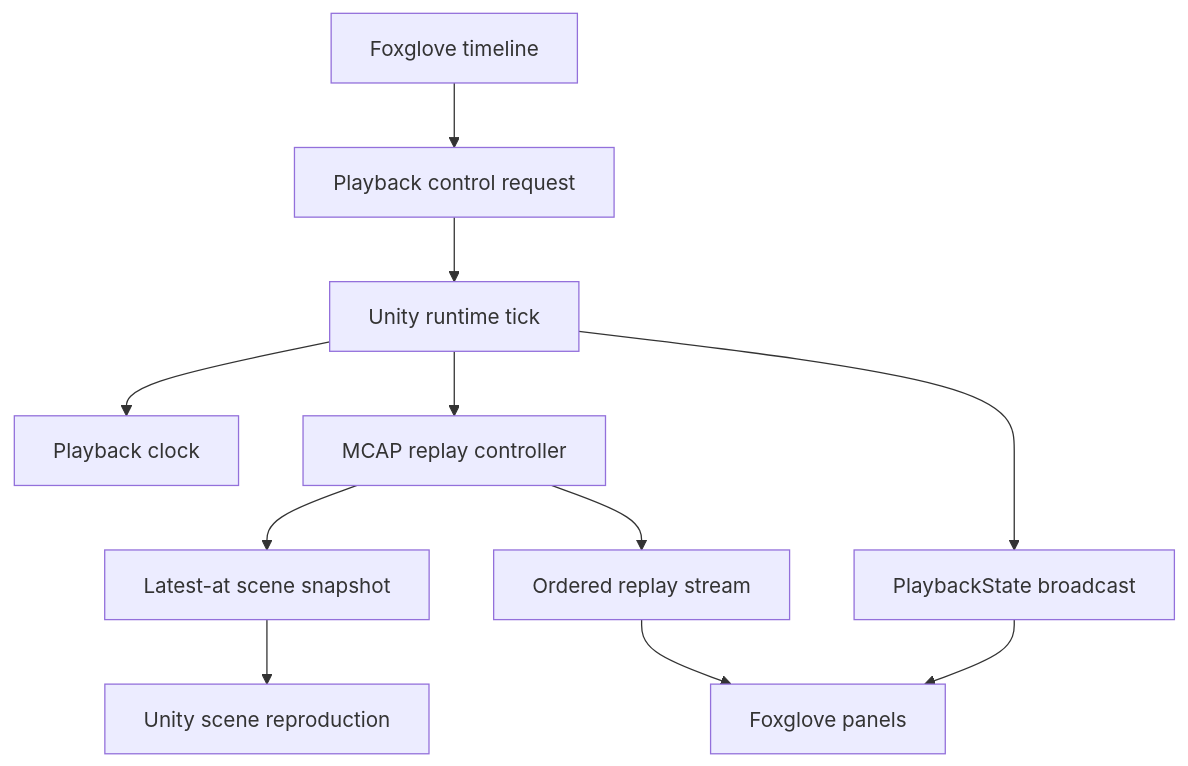
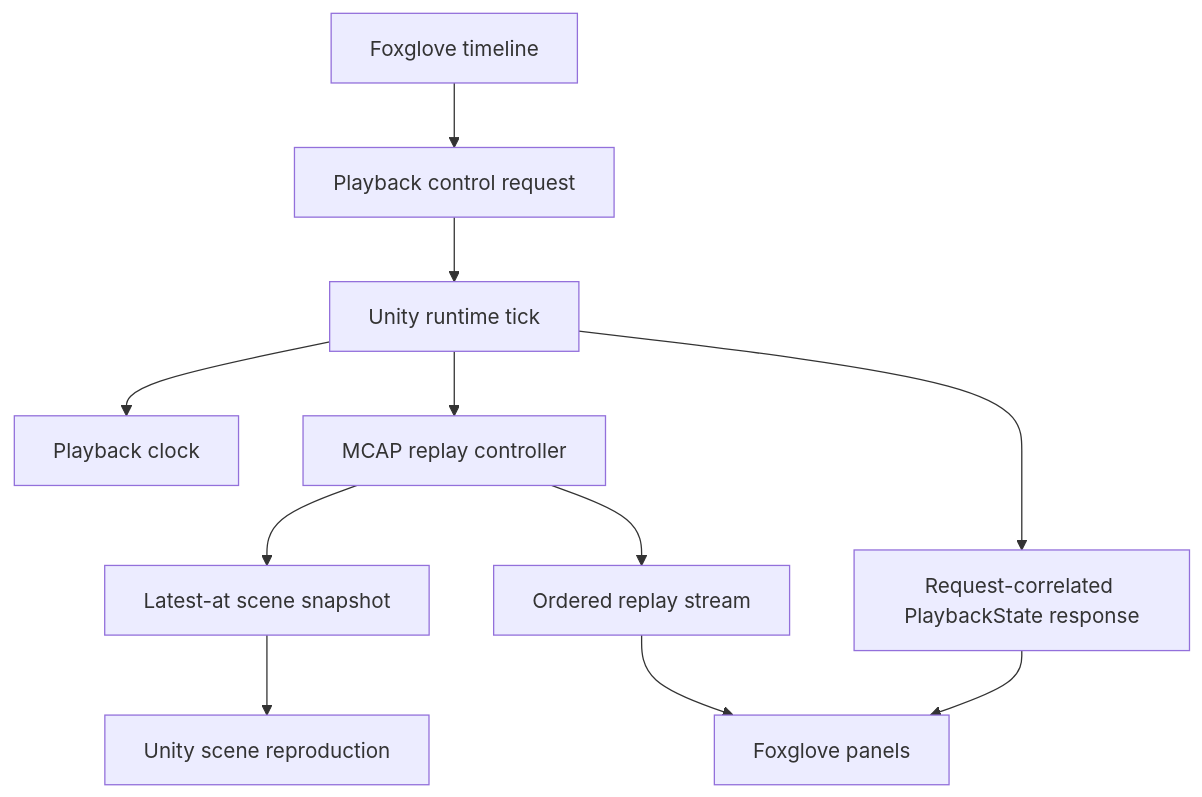
One commit to JianbinLiu-CFLab/unity-foxglove-sdk changed the first of 3 diagrams in docs/research-remote-timeline-scene-reproduction.md. Above: the diagram before and after it, drawn with Mermaid. The commit also changed other lines of this file and 15 other files, not shown here.

````diff
--- a/docs/research-remote-timeline-scene-reproduction.md
+++ b/docs/research-remote-timeline-scene-reproduction.md
@@ -94,13 +94,13 @@
 ```mermaid
 flowchart TD
   Foxglove["Foxglove timeline"] --> Control["Playback control request"]
   Control --> Runtime["Unity runtime tick"]
   Runtime --> Clock["Playback clock"]
   Runtime --> Replay["MCAP replay controller"]
   Replay --> SceneSnapshot["Latest-at scene snapshot"]
   Replay --> Stream["Ordered replay stream"]
   SceneSnapshot --> UnityScene["Unity scene reproduction"]
   Stream --> FoxglovePanels["Foxglove panels"]
-  Runtime --> State["PlaybackState broadcast"]
+  Runtime --> State["Request-correlated PlaybackState response"]
   State --> FoxglovePanels
 ```
````
